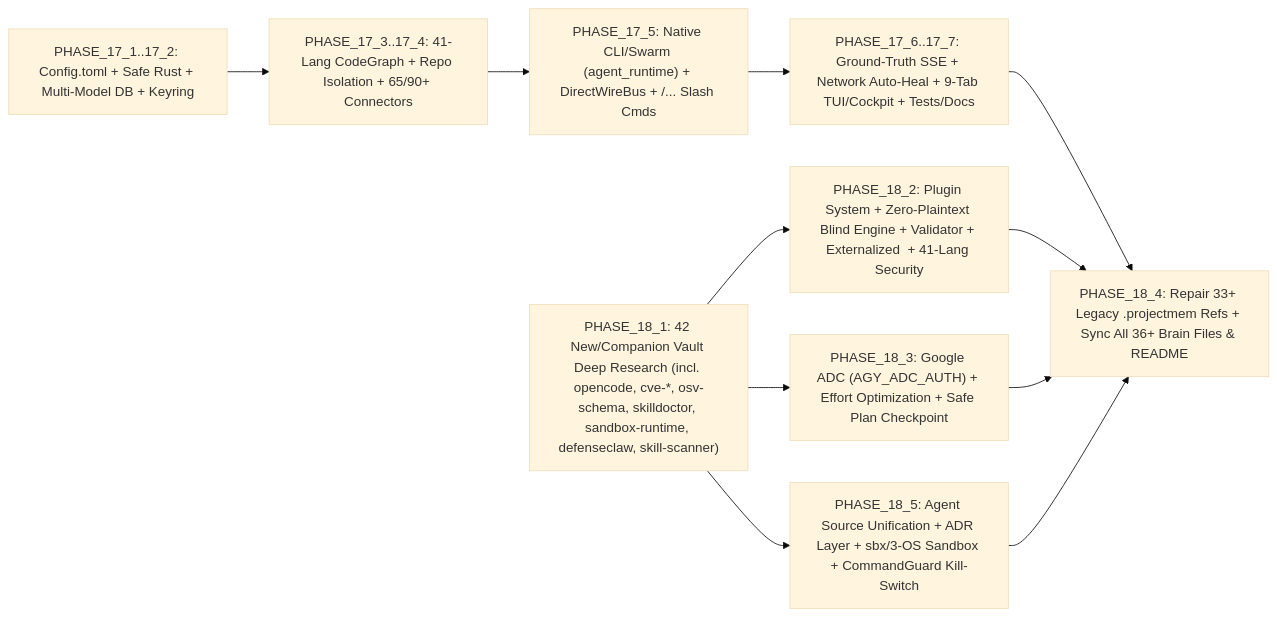
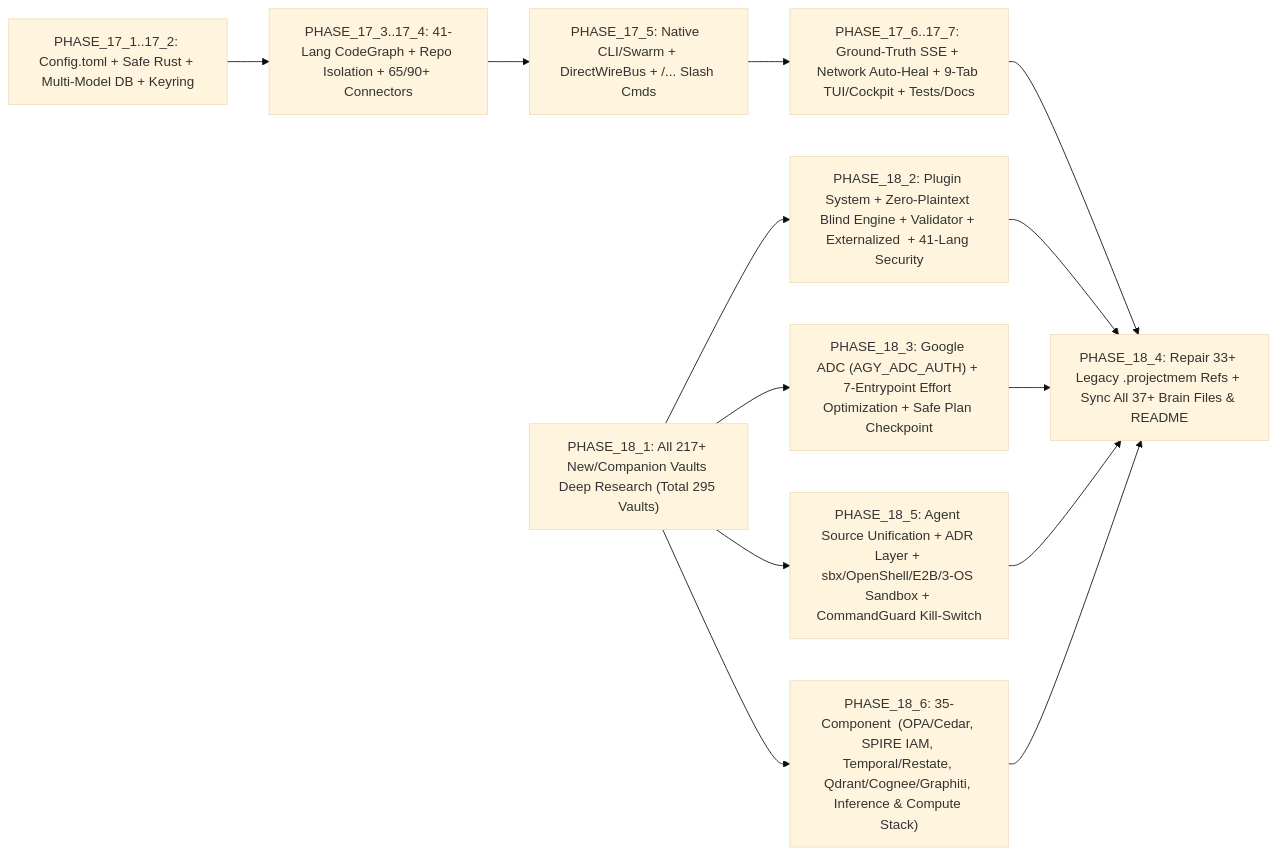
Before and after one commit to Navegos/neo: the third of 3 diagrams in crates/toksi/research/RESEARCHPLAN.md, drawn with Mermaid (base theme). The commit also changed other lines of this file and 2 other files, not shown here.

````diff
--- a/crates/toksi/research/RESEARCHPLAN.md
+++ b/crates/toksi/research/RESEARCHPLAN.md
@@ -1371,14 +1674,16 @@
 ```mermaid
 flowchart LR
     P17_1["PHASE_17_1..17_2: Config.toml + Safe Rust + Multi-Model DB + Keyring"] --> P17_3["PHASE_17_3..17_4: 41-Lang CodeGraph + Repo Isolation + 65/90+ Connectors"]
-    P17_3 --> P17_5["PHASE_17_5: Native CLI/Swarm (agent_runtime) + DirectWireBus + /... Slash Cmds"]
+    P17_3 --> P17_5["PHASE_17_5: Native <toksi-siagent> CLI/Swarm + DirectWireBus + /... Slash Cmds"]
     P17_5 --> P17_6["PHASE_17_6..17_7: Ground-Truth SSE + Network Auto-Heal + 9-Tab TUI/Cockpit + Tests/Docs"]
 
-    W18_1["PHASE_18_1: 42 New/Companion Vault Deep Research (incl. opencode, cve-*, osv-schema, skilldoctor, sandbox-runtime, defenseclaw, skill-scanner)"] --> W18_2["PHASE_18_2: Plugin System + Zero-Plaintext Blind Engine + Validator + Externalized <skills> + 41-Lang Security"]
-    W18_1 --> W18_3["PHASE_18_3: Google ADC (AGY_ADC_AUTH) + Effort Optimization + Safe Plan Checkpoint"]
-    W18_1 --> W18_5["PHASE_18_5: Agent Source Unification + ADR Layer + sbx/3-OS Sandbox + CommandGuard Kill-Switch"]
-    P17_6 --> W18_4["PHASE_18_4: Repair 33+ Legacy .projectmem Refs + Sync All 36+ Brain Files & README"]
+    W18_1["PHASE_18_1: All 217+ New/Companion Vaults Deep Research (Total 295 Vaults)"] --> W18_2["PHASE_18_2: Plugin System + Zero-Plaintext Blind Engine + Validator + Externalized <skills> + 41-Lang Security"]
+    W18_1 --> W18_3["PHASE_18_3: Google ADC (AGY_ADC_AUTH) + 7-Entrypoint Effort Optimization + Safe Plan Checkpoint"]
+    W18_1 --> W18_5["PHASE_18_5: Agent Source Unification + ADR Layer + sbx/OpenShell/E2B/3-OS Sandbox + CommandGuard Kill-Switch"]
+    W18_1 --> W18_6["PHASE_18_6: 35-Component <toksi-siagent> (OPA/Cedar, SPIRE IAM, Temporal/Restate, Qdrant/Cognee/Graphiti, Inference & Compute Stack)"]
+    P17_6 --> W18_4["PHASE_18_4: Repair 33+ Legacy .projectmem Refs + Sync All 37+ Brain Files & README"]
     W18_2 --> W18_4
     W18_3 --> W18_4
     W18_5 --> W18_4
+    W18_6 --> W18_4
 ```
````
